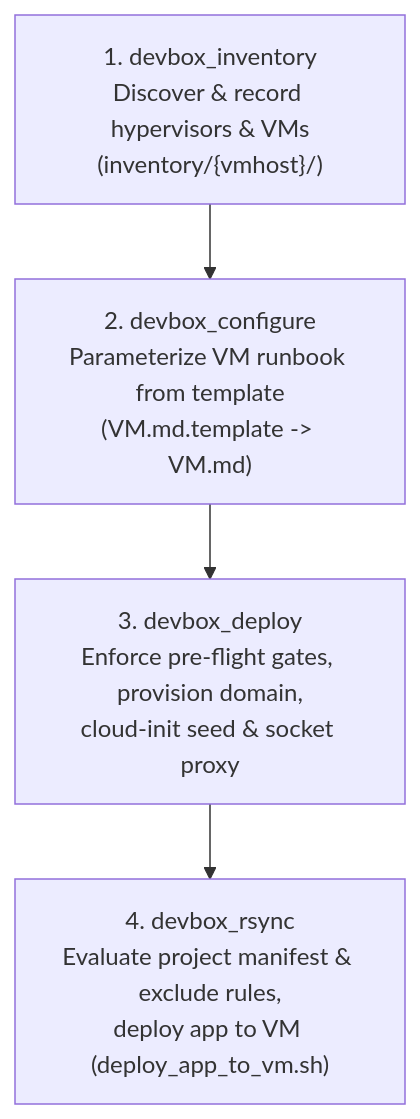
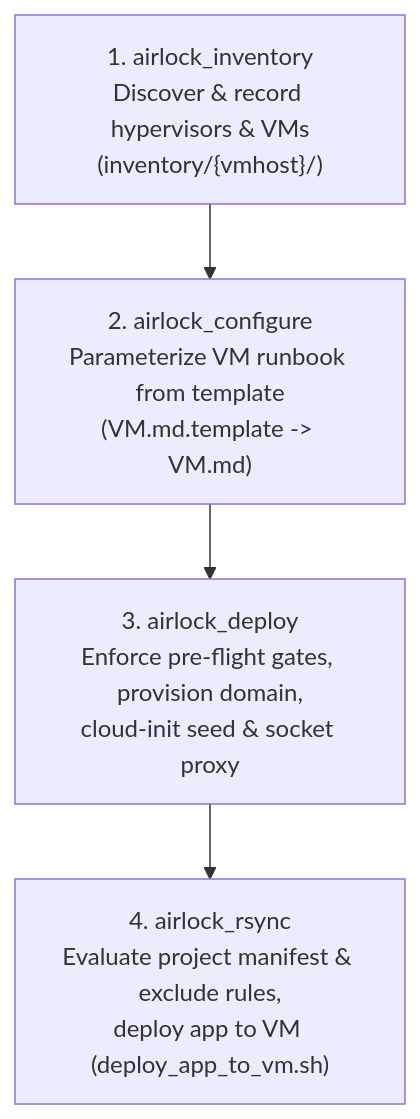
The diagram in docs/ARCHITECTURE.md (simplybarter/AirlockVM), drawn with Mermaid before and after one commit. The commit also changed other lines of this file and 64 other files, not shown here.

````diff
--- a/docs/ARCHITECTURE.md
+++ b/docs/ARCHITECTURE.md
@@ -64,6 +64,6 @@
 ```mermaid
 flowchart TD
-    Inv["1. devbox_inventory<br/>Discover & record hypervisors & VMs<br/>(inventory/{vmhost}/)"] --> Conf["2. devbox_configure<br/>Parameterize VM runbook from template<br/>(VM.md.template -> VM.md)"]
-    Conf --> Deploy["3. devbox_deploy<br/>Enforce pre-flight gates, provision domain,<br/>cloud-init seed & socket proxy"]
-    Deploy --> Rsync["4. devbox_rsync<br/>Evaluate project manifest & exclude rules,<br/>deploy app to VM (deploy_app_to_vm.sh)"]
+    Inv["1. airlock_inventory<br/>Discover & record hypervisors & VMs<br/>(inventory/{vmhost}/)"] --> Conf["2. airlock_configure<br/>Parameterize VM runbook from template<br/>(VM.md.template -> VM.md)"]
+    Conf --> Deploy["3. airlock_deploy<br/>Enforce pre-flight gates, provision domain,<br/>cloud-init seed & socket proxy"]
+    Deploy --> Rsync["4. airlock_rsync<br/>Evaluate project manifest & exclude rules,<br/>deploy app to VM (deploy_app_to_vm.sh)"]
 ```
````
